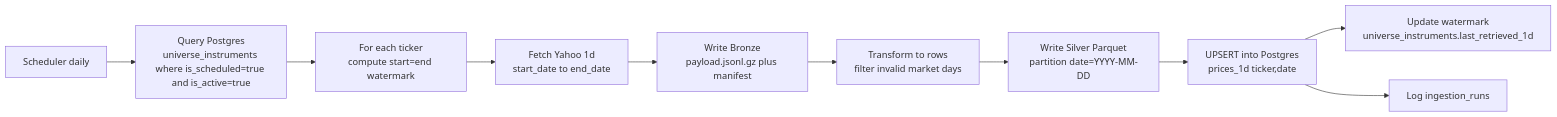
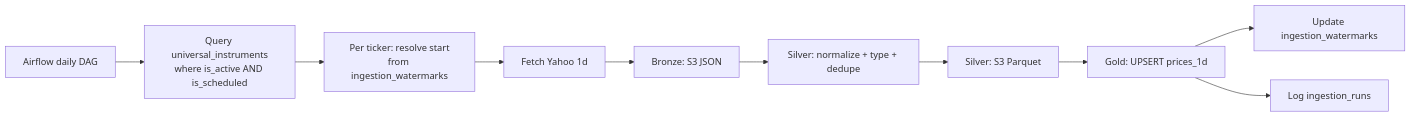
One commit to YanisOuld/finance_data_platform changed the first of 3 diagrams in docs/dataflow/structure.md. Above: the diagram before and after it, drawn with Mermaid. The commit also changed other lines of this file and 15 other files, not shown here.

````diff
--- a/docs/dataflow/structure.md
+++ b/docs/dataflow/structure.md
@@ -106,12 +5,12 @@
 ```mermaid
 flowchart LR
-  SCHED[Scheduler daily] --> Q[Query Postgres<br/>universe_instruments where is_scheduled=true and is_active=true]
-  Q --> W[For each ticker<br/>compute start=end watermark]
-  W --> F[Fetch Yahoo 1d<br/>start_date to end_date]
-  F --> B[Write Bronze<br/>payload.jsonl.gz plus manifest]
-  B --> T[Transform to rows<br/>filter invalid market days]
-  T --> S[Write Silver Parquet<br/>partition date=YYYY-MM-DD]
-  S --> G[UPSERT into Postgres<br/>prices_1d ticker,date]
-  G --> U[Update watermark<br/>universe_instruments.last_retrieved_1d]
+  SCHED[Airflow daily DAG] --> Q[Query universal_instruments<br/>where is_active AND is_scheduled]
+  Q --> W[Per ticker: resolve start<br/>from ingestion_watermarks]
+  W --> F[Fetch Yahoo 1d]
+  F --> B[Bronze: S3 JSON]
+  B --> T[Silver: normalize + type + dedupe]
+  T --> S[Silver: S3 Parquet]
+  S --> G[Gold: UPSERT prices_1d]
+  G --> U[Update ingestion_watermarks]
   G --> R[Log ingestion_runs]
 ```
````
